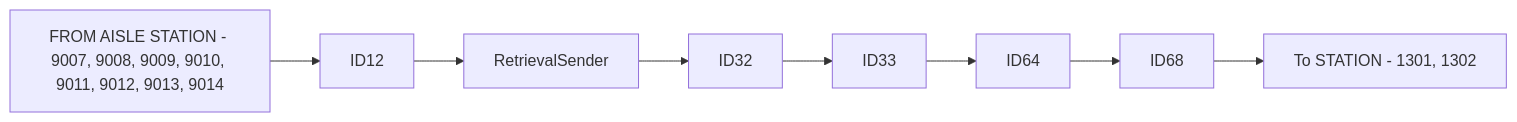
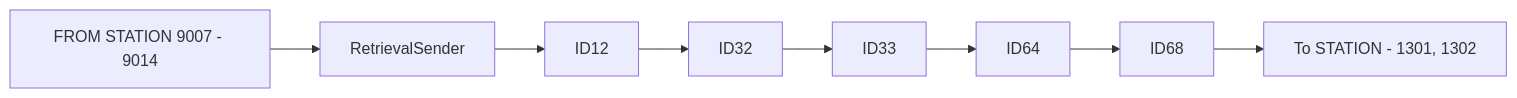
The second of 22 diagrams in Basic-Design/DFD-WMS/Inventory-Check/Inventory-Check-from-Ambient-Area.md (luthfiadityaa/SimeDarby-Wiki), drawn with Mermaid before and after one commit.

Commit message:
Updated Inventory Check from Ambient Area

```diff
--- a/Basic-Design/DFD-WMS/Inventory-Check/Inventory-Check-from-Ambient-Area.md
+++ b/Basic-Design/DFD-WMS/Inventory-Check/Inventory-Check-from-Ambient-Area.md
@@ -17,5 +17,5 @@
 ::: mermaid
 flowchart LR
   
-P1[FROM AISLE STATION - 9007, 9008, 9009, 9010, 9011, 9012, 9013, 9014]-->P2[ID12]-->P3[RetrievalSender]-->P4[ID32]-->P5[ID33]-->P6[ID64]-->P7[ID68]-->P8[To STATION - 1301, 1302]
+P1[FROM STATION 9007 - 9014]-->P2[RetrievalSender]-->P3[ID12]-->P4[ID32]-->P5[ID33]-->P6[ID64]-->P7[ID68]-->P8[To STATION - 1301, 1302]
 :::
```
